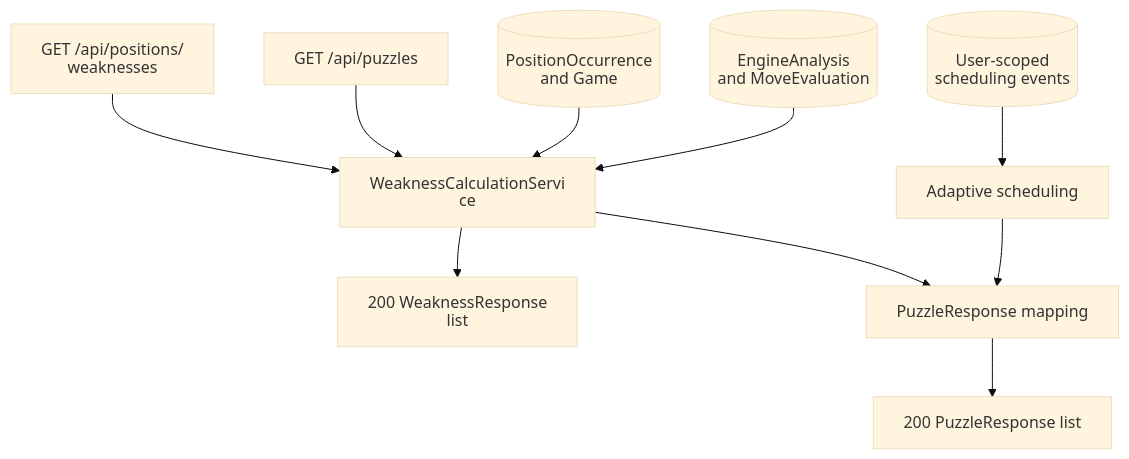
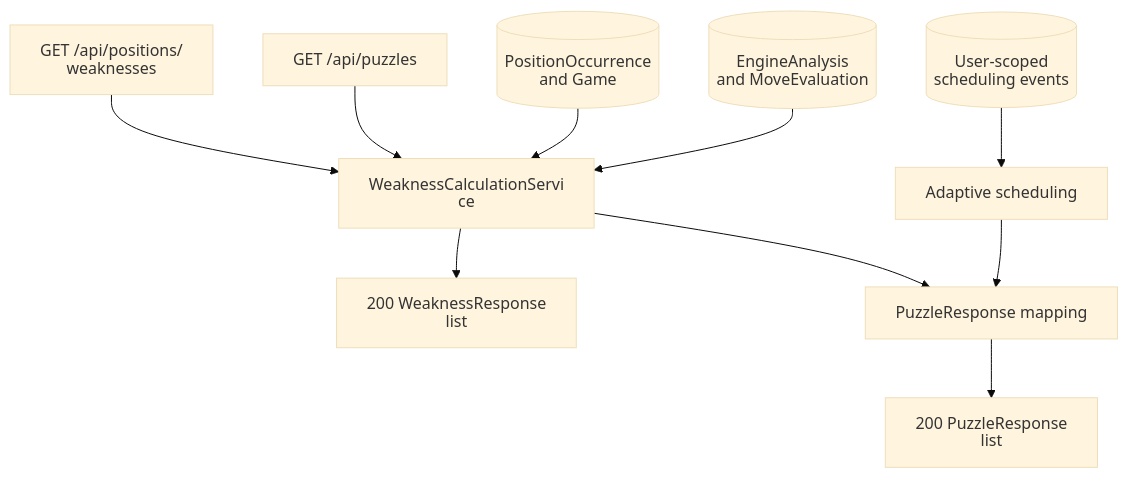
One commit to NathanZK/ChessEcho changed the fifth of 11 diagrams in docs/architecture/backend-architecture.md. Above: the diagram before and after it, drawn with Mermaid (base theme). The commit also changed other lines of this file and 13 other files, not shown here.

Commit message:
docs(architecture): reconcile ChessProbe documentation architecture, system topology, API contract, and testing specifications (#785)

````diff
--- a/docs/architecture/backend-architecture.md
+++ b/docs/architecture/backend-architecture.md
@@ -172,13 +220,13 @@
 ```mermaid
 %%{init: {"htmlLabels": false, "flowchart": {"htmlLabels": false, "diagramPadding": 120}}}%%
 flowchart TB
     WeaknessRoute["GET /api/positions/<br/>weaknesses"] --> Weakness[WeaknessCalculationService]
     PuzzleRoute[GET /api/puzzles] --> Weakness
     Occurrences[("PositionOccurrence<br/>and Game")] --> Weakness
     Evaluations[("EngineAnalysis<br/>and MoveEvaluation")] --> Weakness
     Events[("User-scoped<br/>scheduling events")] --> Schedule[Adaptive scheduling]
-    Weakness --> WeaknessResponse[200 WeaknessResponse list]
+    Weakness --> WeaknessResponse["200 WeaknessResponse<br/>list"]
     Weakness --> Puzzles[PuzzleResponse mapping]
     Schedule --> Puzzles
-    Puzzles --> PuzzleResponse[200 PuzzleResponse list]
+    Puzzles --> PuzzleResponse["200 PuzzleResponse<br/>list"]
 ```
````
